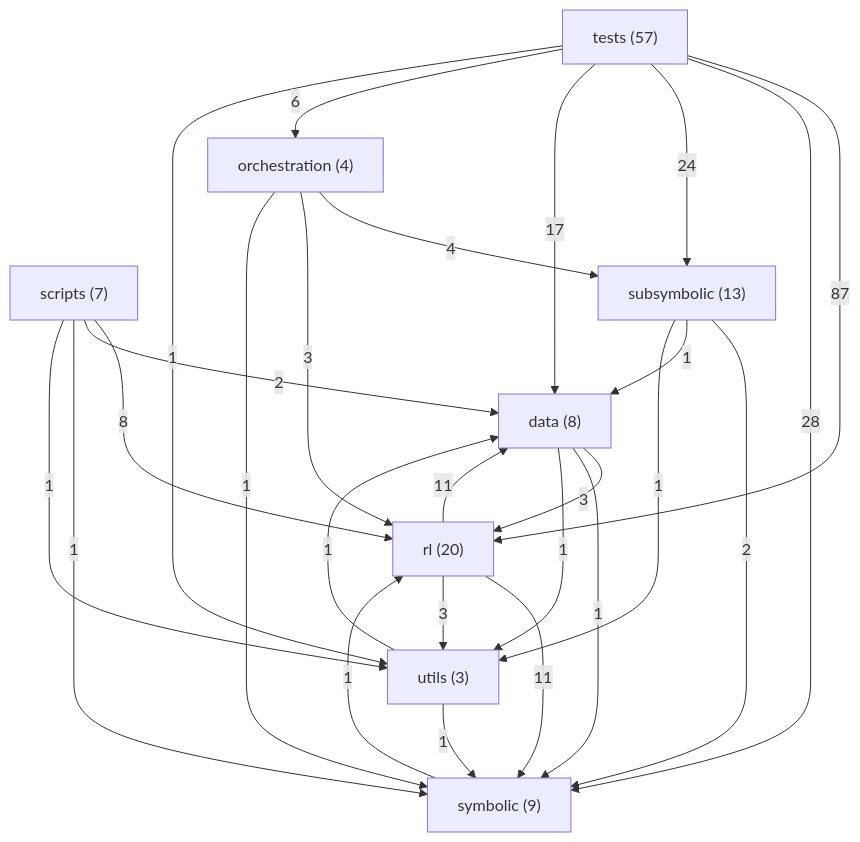
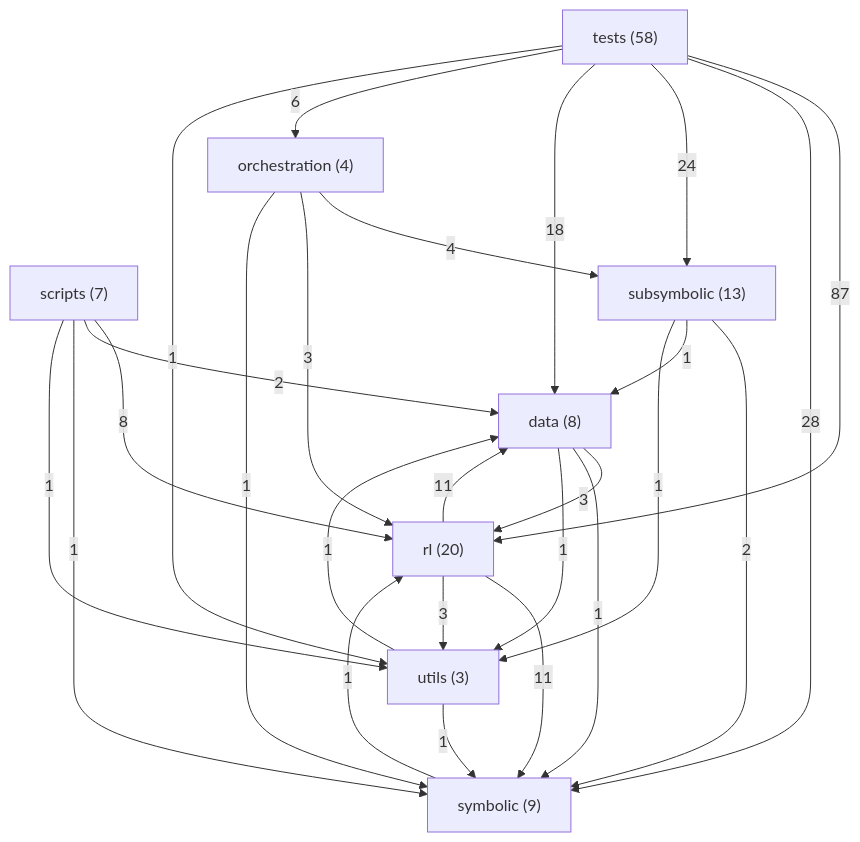
One commit to danrd/ARC-AGI changed the diagram in ARCHITECTURE.md. Above: the diagram before and after it, drawn with Mermaid. The commit also changed other lines of this file, not shown here.

Commit message:
Regenerate the module map
Claude-Session: https://claude.ai/code/session_01AxUKUd9JPHao7rQPt3sTcu

````diff
--- a/ARCHITECTURE.md
+++ b/ARCHITECTURE.md
@@ -158,36 +158,36 @@
 ```mermaid
 graph TD
   data["data (8)"]
   orchestration["orchestration (4)"]
   rl["rl (20)"]
   scripts["scripts (7)"]
   subsymbolic["subsymbolic (13)"]
   symbolic["symbolic (9)"]
-  tests["tests (57)"]
+  tests["tests (58)"]
   utils["utils (3)"]
   tests -->|87| rl
   tests -->|28| symbolic
   tests -->|24| subsymbolic
-  tests -->|17| data
+  tests -->|18| data
   rl -->|11| data
   rl -->|11| symbolic
   scripts -->|8| rl
   tests -->|6| orchestration
   orchestration -->|4| subsymbolic
   data -->|3| rl
   orchestration -->|3| rl
   rl -->|3| utils
   scripts -->|2| data
   subsymbolic -->|2| symbolic
   data -->|1| symbolic
   data -->|1| utils
   orchestration -->|1| symbolic
   scripts -->|1| symbolic
   scripts -->|1| utils
   subsymbolic -->|1| data
   subsymbolic -->|1| utils
   symbolic -->|1| rl
   tests -->|1| utils
   utils -->|1| data
   utils -->|1| symbolic
 ```
````
